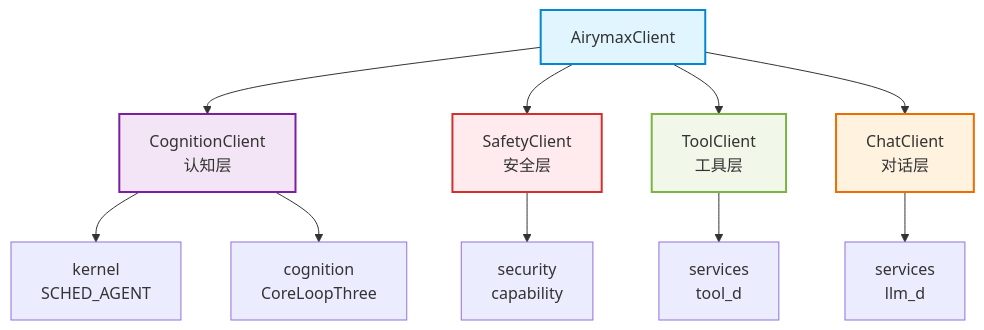
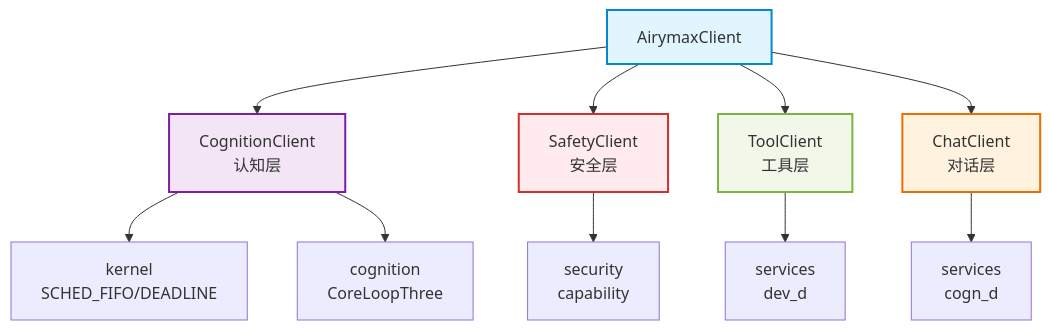
One commit to openairymax/docs changed the first of 2 diagrams in AirymaxOS/30-interfaces/03-sdk-api.md. Above: the diagram before and after it, drawn with Mermaid. The commit also changed other lines of this file and 115 other files, not shown here.

````diff
--- a/AirymaxOS/30-interfaces/03-sdk-api.md
+++ b/AirymaxOS/30-interfaces/03-sdk-api.md
@@ -52,25 +52,25 @@
 ```mermaid
 graph TB
     CLIENT[AirymaxClient]
     COG[CognitionClient<br/>认知层]
     SAF[SafetyClient<br/>安全层]
     TOOL[ToolClient<br/>工具层]
     CHAT[ChatClient<br/>对话层]
 
     CLIENT --> COG
     CLIENT --> SAF
     CLIENT --> TOOL
     CLIENT --> CHAT
 
-    COG --> KERNEL[kernel<br/>SCHED_AGENT]
+    COG --> KERNEL[kernel<br/>SCHED_FIFO/DEADLINE]
     COG --> COGNSUB[cognition<br/>CoreLoopThree]
     SAF --> SECSUB[security<br/>capability]
-    TOOL --> SERV[services<br/>tool_d]
-    CHAT --> SERV2[services<br/>llm_d]
+    TOOL --> SERV[services<br/>dev_d]
+    CHAT --> SERV2[services<br/>cogn_d]
 
     style CLIENT fill:#e1f5fe,stroke:#0288d1,stroke-width:2px
     style COG fill:#f3e5f5,stroke:#7b1fa2,stroke-width:2px
     style SAF fill:#ffebee,stroke:#d32f2f,stroke-width:2px
     style TOOL fill:#f1f8e9,stroke:#7cb342,stroke-width:2px
     style CHAT fill:#fff3e0,stroke:#ef6c00,stroke-width:2px
 ```
````
